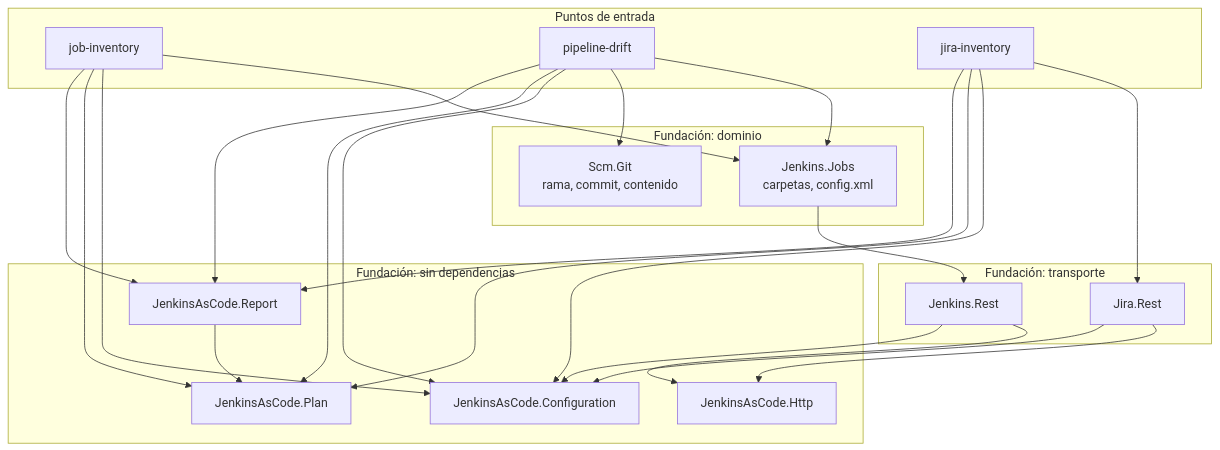
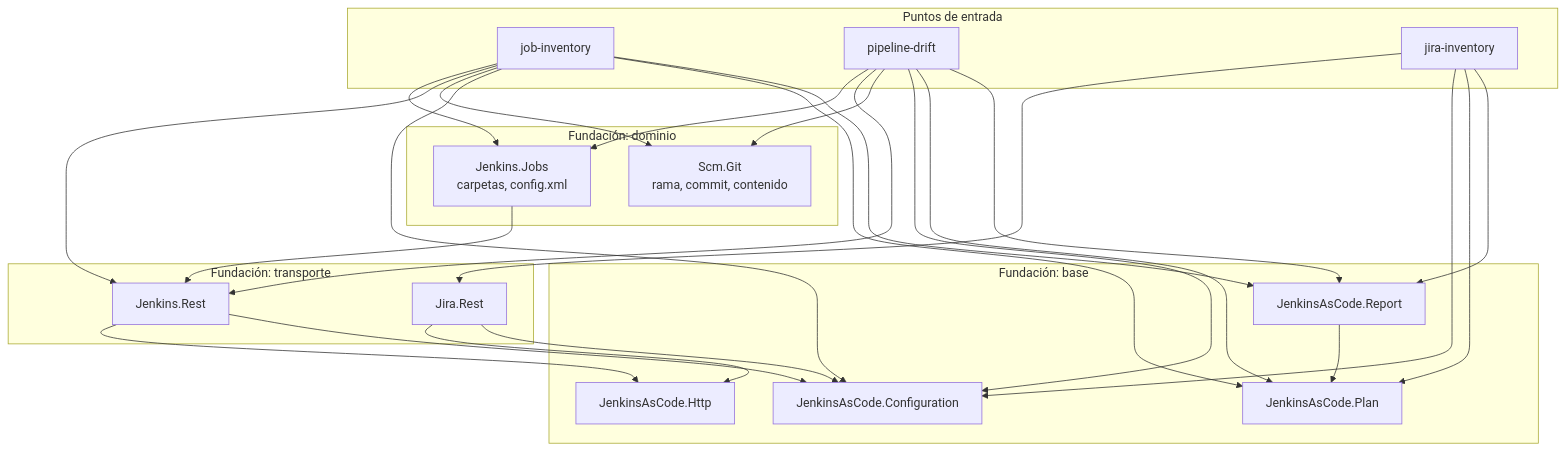
The diagram in docs/reference/architecture.md (nehemias1999/Jenkins_AsCode), drawn with Mermaid before and after one commit. The commit also changed other lines of this file and 7 other files, not shown here.

````diff
--- a/docs/reference/architecture.md
+++ b/docs/reference/architecture.md
@@ -16,45 +16,48 @@
 ```mermaid
 flowchart TD
     subgraph entry [Puntos de entrada]
         JI[job-inventory]
         PD[pipeline-drift]
         QI[jira-inventory]
     end
 
     subgraph domain [Fundación: dominio]
         JJ[Jenkins.Jobs<br/>carpetas, config.xml]
         SG[Scm.Git<br/>rama, commit, contenido]
     end
 
     subgraph transport [Fundación: transporte]
         JR[Jenkins.Rest]
         QR[Jira.Rest]
     end
 
-    subgraph base [Fundación: sin dependencias]
+    subgraph base [Fundación: base]
         CF[JenkinsAsCode.Configuration]
         HT[JenkinsAsCode.Http]
         PL[JenkinsAsCode.Plan]
         RP[JenkinsAsCode.Report]
     end
 
     JI --> JJ
+    JI --> JR
+    JI --> SG
     PD --> JJ
+    PD --> JR
     PD --> SG
     QI --> QR
     JI --> CF
     JI --> PL
     JI --> RP
     PD --> CF
     PD --> PL
     PD --> RP
     QI --> CF
     QI --> PL
     QI --> RP
     JJ --> JR
     JR --> HT
     JR --> CF
     QR --> HT
     QR --> CF
     RP --> PL
 ```
````
